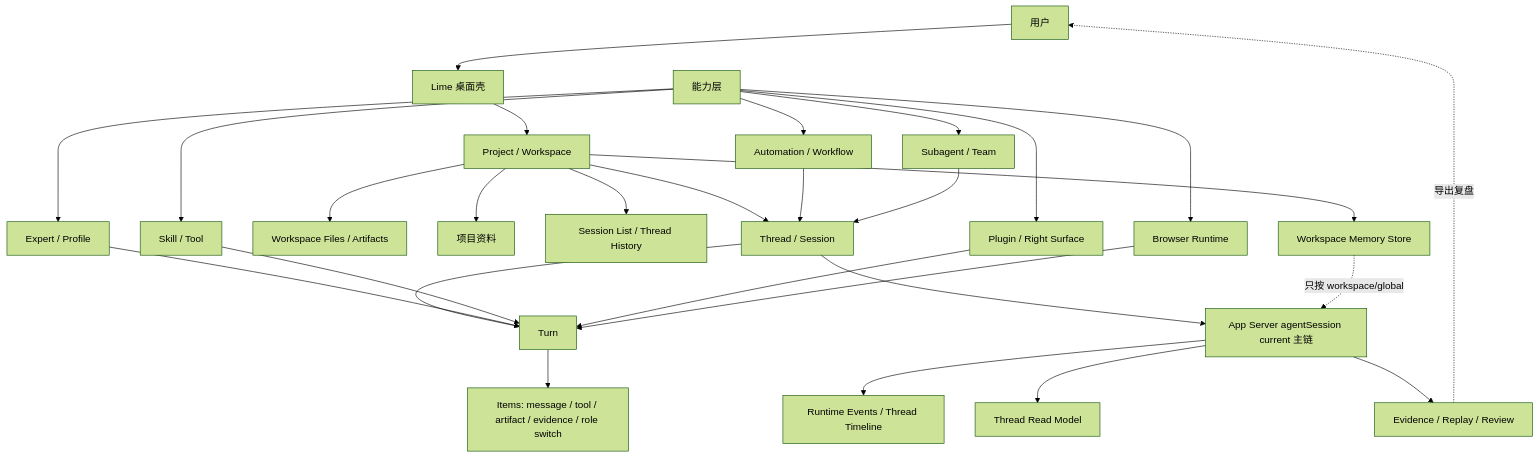
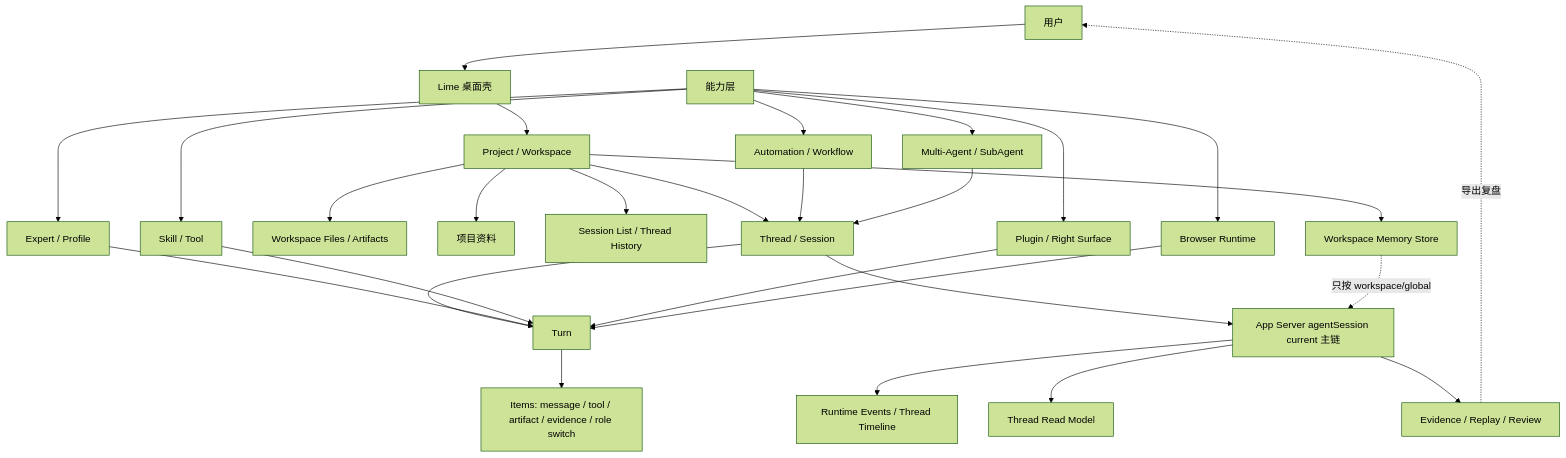
One commit to jiujuan/lime changed the first of 7 diagrams in internal/roadmap/projectthread/prd.md. Above: the diagram before and after it, drawn with Mermaid (forest theme). The commit also changed other lines of this file and 471 other files, not shown here.

````diff
--- a/internal/roadmap/projectthread/prd.md
+++ b/internal/roadmap/projectthread/prd.md
@@ -176,35 +176,35 @@
 ```mermaid
 flowchart TB
   User[用户] --> Shell[Lime 桌面壳]
   Shell --> Project[Project / Workspace]
   Project --> Thread[Thread / Session]
   Thread --> Turn[Turn]
   Turn --> Items[Items: message / tool / artifact / evidence / role switch]
 
   Project --> Memory[Workspace Memory Store]
   Project --> Files[Workspace Files / Artifacts]
   Project --> Knowledge[项目资料]
   Project --> History[Session List / Thread History]
 
   Thread --> Runtime[App Server agentSession current 主链]
   Runtime --> EventStore[Runtime Events / Thread Timeline]
   Runtime --> ReadModel[Thread Read Model]
   Runtime --> Evidence[Evidence / Replay / Review]
 
   Capability[能力层] --> Expert[Expert / Profile]
   Capability --> Skill[Skill / Tool]
   Capability --> Plugin[Plugin / Right Surface]
   Capability --> Browser[Browser Runtime]
   Capability --> Workflow[Automation / Workflow]
-  Capability --> Subagent[Subagent / Team]
+  Capability --> Subagent[Multi-Agent / SubAgent]
 
   Expert --> Turn
   Skill --> Turn
   Plugin --> Turn
   Browser --> Turn
   Workflow --> Thread
   Subagent --> Thread
 
   Memory -.只按 workspace/global .-> Runtime
   Evidence -.导出复盘 .-> User
 ```
````
